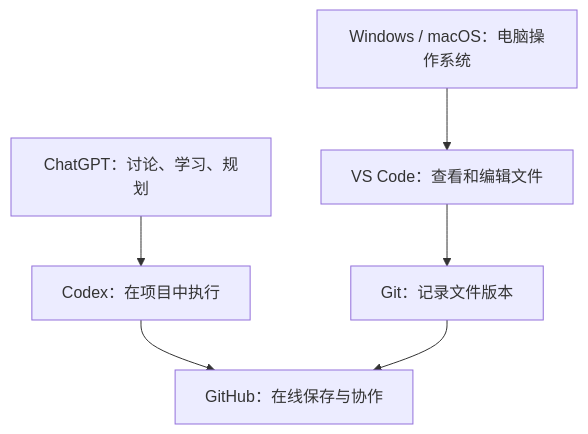
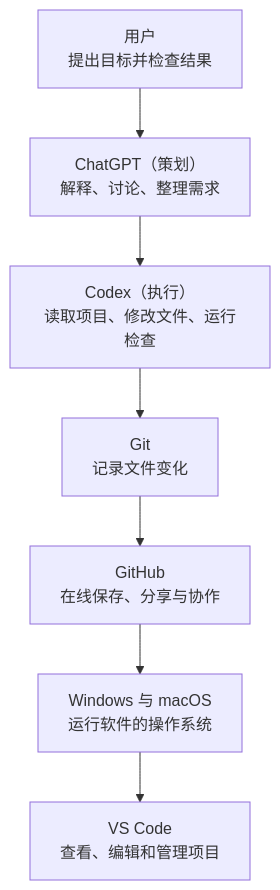
One commit to JohnZou918/GPT-Codex-Guide changed the diagram in README.md. Above: the diagram before and after it, drawn with Mermaid. The commit also changed other lines of this file and 4 other files, not shown here.

```diff
--- a/README.md
+++ b/README.md
@@ -15,8 +30,11 @@
 ~~~mermaid
 flowchart TB
-  A["ChatGPT：讨论、学习、规划"] --> B["Codex：在项目中执行"]
-  B --> C["GitHub：在线保存与协作"]
-  D["Git：记录文件版本"] --> C
-  E["VS Code：查看和编辑文件"] --> D
-  F["Windows / macOS：电脑操作系统"] --> E
+    U["用户<br/>提出目标并检查结果"]
+    C["ChatGPT（策划）<br/>解释、讨论、整理需求"]
+    X["Codex（执行）<br/>读取项目、修改文件、运行检查"]
+    G["Git<br/>记录文件变化"]
+    H["GitHub<br/>在线保存、分享与协作"]
+    O["Windows 与 macOS<br/>运行软件的操作系统"]
+    V["VS Code<br/>查看、编辑和管理项目"]
+    U --> C --> X --> G --> H --> O --> V
 ~~~
```
